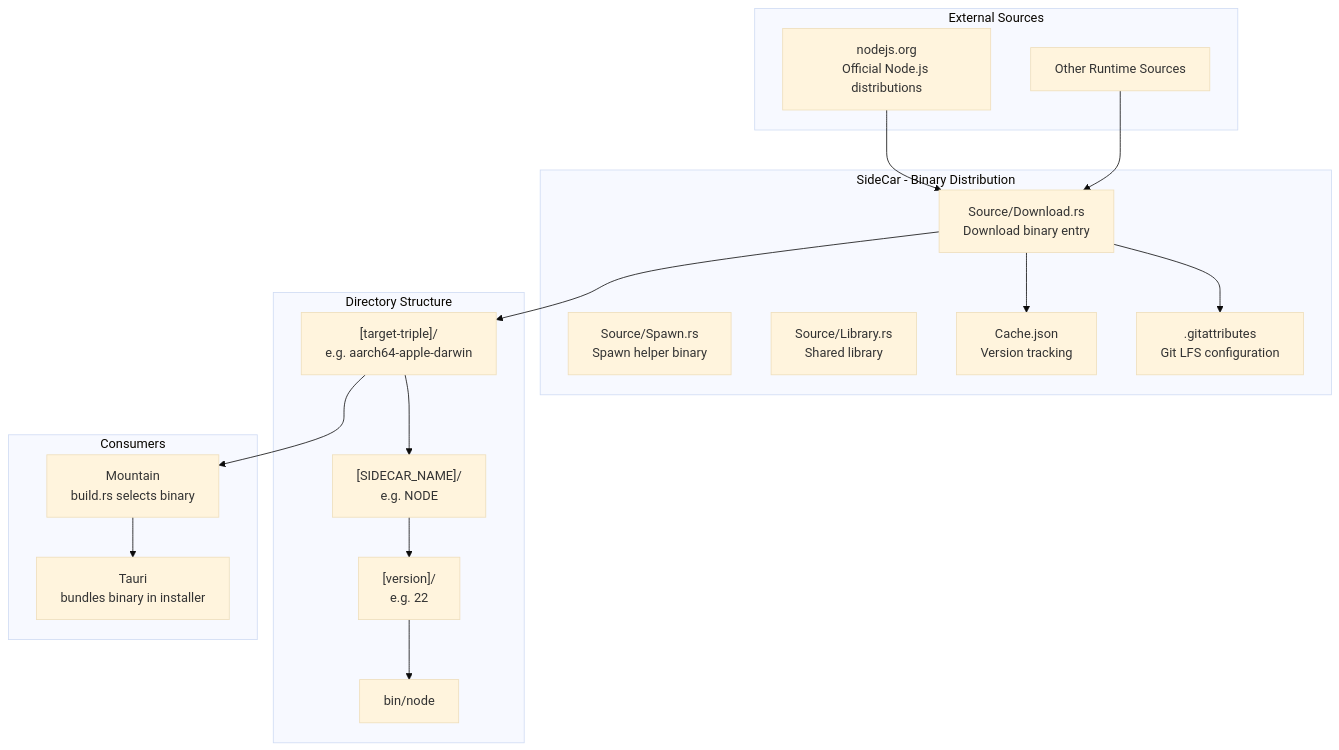
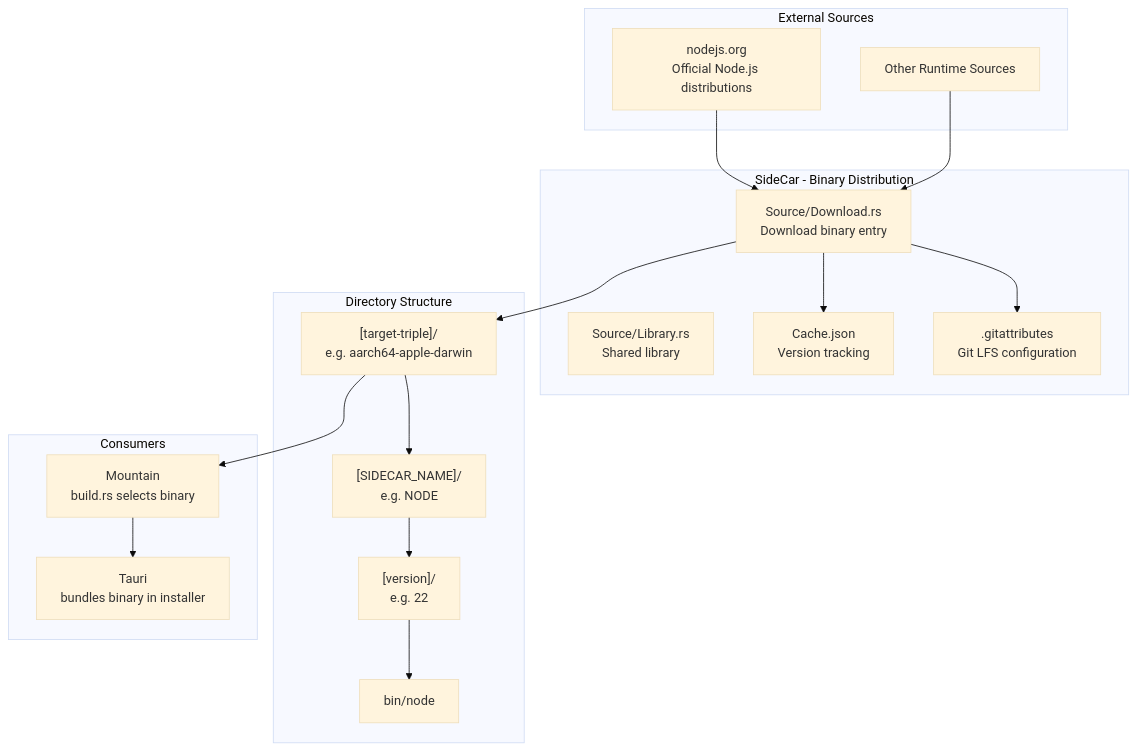
Before and after one commit to CodeEditorLand/SideCar: the first of 2 diagrams in Documentation/GitHub/DeepDive.md, drawn with Mermaid (base theme). The commit also changed 5 other files, not shown here.

````diff
--- a/Documentation/GitHub/DeepDive.md
+++ b/Documentation/GitHub/DeepDive.md
@@ -17,38 +17,38 @@
 ```mermaid
 graph TB
     subgraph "SideCar - Binary Distribution"
         DownloadBin["Source/Download.rs\nDownload binary entry"]
-        SpawnBin["Source/Spawn.rs\nSpawn helper binary"]
+
         LibraryRS["Source/Library.rs\nShared library"]
         CacheJSON["Cache.json\nVersion tracking"]
         GitAttributes[".gitattributes\nGit LFS configuration"]
     end
 
     subgraph "External Sources"
         NodeJSOrg["nodejs.org\nOfficial Node.js distributions"]
         OtherRuntimes["Other Runtime Sources"]
     end
 
     subgraph "Directory Structure"
         TargetTriple["[target-triple]/\ne.g. aarch64-apple-darwin"]
         RuntimeName["[SIDECAR_NAME]/\ne.g. NODE"]
         Version["[version]/\ne.g. 22"]
         Bin["bin/node"]
     end
 
     subgraph "Consumers"
         Mountain["Mountain\nbuild.rs selects binary"]
         Tauri["Tauri\nbundles binary in installer"]
     end
 
     DownloadBin --> CacheJSON
     DownloadBin --> GitAttributes
     NodeJSOrg --> DownloadBin
     OtherRuntimes --> DownloadBin
     DownloadBin --> TargetTriple
     TargetTriple --> RuntimeName
     RuntimeName --> Version
     Version --> Bin
     TargetTriple --> Mountain
     Mountain --> Tauri
 ```
````
